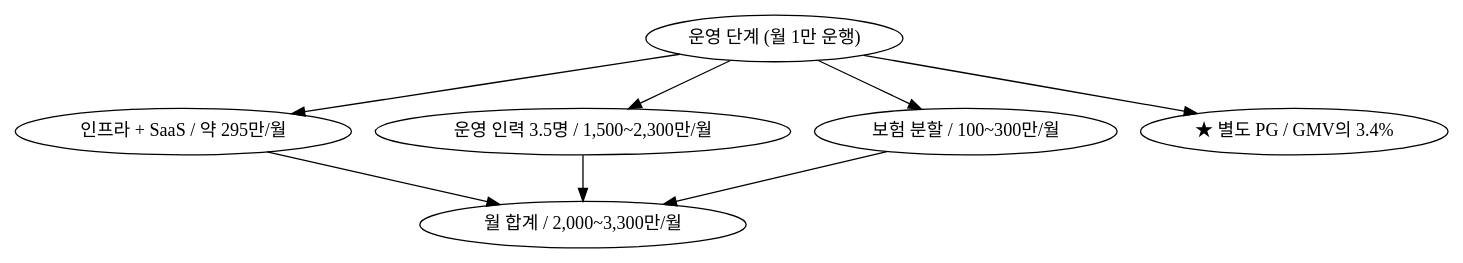
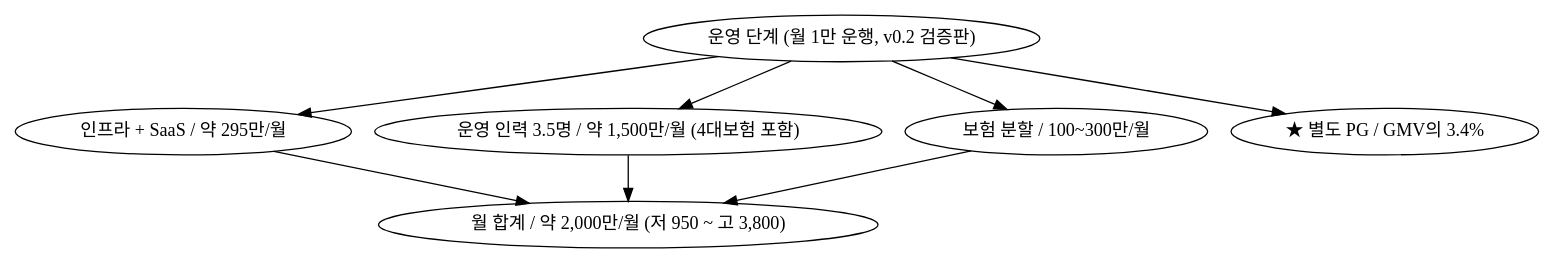
One commit to serendibeats/cargypsy changed the diagram in diagrams/08-cost-operations.dot. Above: the diagram before and after it, drawn with Graphviz. The commit also changed 9 other files, not shown here.

```diff
--- a/diagrams/08-cost-operations.dot
+++ b/diagrams/08-cost-operations.dot
@@ -1,17 +1,17 @@
 digraph CostOperations {
-    title [label="운영 단계 (월 1만 운행)"];
+    title [label="운영 단계 (월 1만 운행, v0.2 검증판)"];
 
     인프라 [label="인프라 + SaaS / 약 295만/월"];
-    인력 [label="운영 인력 3.5명 / 1,500~2,300만/월"];
+    인력 [label="운영 인력 3.5명 / 약 1,500만/월 (4대보험 포함)"];
     보험 [label="보험 분할 / 100~300만/월"];
-    합계 [label="월 합계 / 2,000~3,300만/월"];
+    합계 [label="월 합계 / 약 2,000만/월 (저 950 ~ 고 3,800)"];
     pg [label="★ 별도 PG / GMV의 3.4%"];
 
     title -> 인프라;
     title -> 인력;
     title -> 보험;
     인프라 -> 합계;
     인력 -> 합계;
     보험 -> 합계;
     title -> pg;
 }
```
